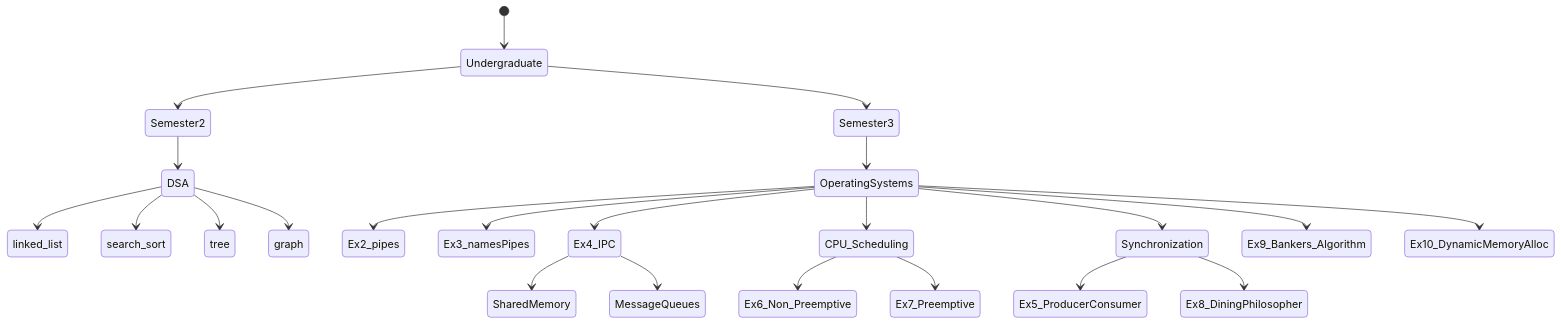
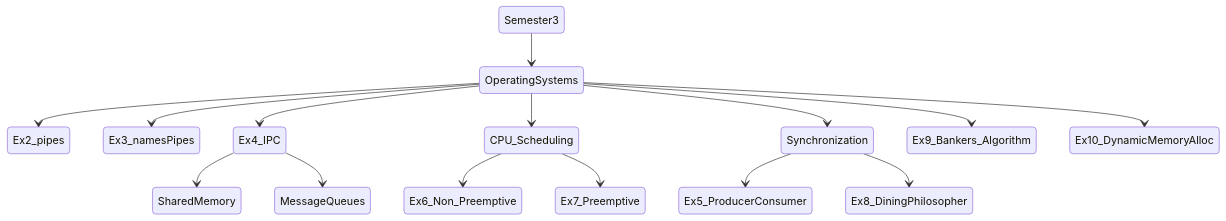
Before and after one commit to hwaseem04/LabSolutions: the second of 2 diagrams in README.md, drawn with Mermaid. The commit also changed other lines of this file, not shown here.

Commit message:
diagram in readme seperated for better view

````diff
--- a/README.md
+++ b/README.md
@@ -4,25 +13,17 @@
 ```mermaid
 stateDiagram-v2
-    [*] --> Undergraduate
-    Undergraduate --> Semester2
-    Undergraduate --> Semester3
-    Semester2 --> DSA
-    DSA --> linked_list
-    DSA --> search_sort
-    DSA --> tree
-    DSA --> graph
     Semester3 --> OperatingSystems
     OperatingSystems --> Ex2_pipes
     OperatingSystems --> Ex3_namesPipes
     OperatingSystems --> Ex4_IPC
     Ex4_IPC --> SharedMemory
     Ex4_IPC --> MessageQueues
     OperatingSystems --> CPU_Scheduling
     CPU_Scheduling --> Ex6_Non_Preemptive
     CPU_Scheduling --> Ex7_Preemptive
     OperatingSystems --> Synchronization
     Synchronization --> Ex5_ProducerConsumer
     Synchronization --> Ex8_DiningPhilosopher
     OperatingSystems --> Ex9_Bankers_Algorithm
     OperatingSystems --> Ex10_DynamicMemoryAlloc
 ```
````
